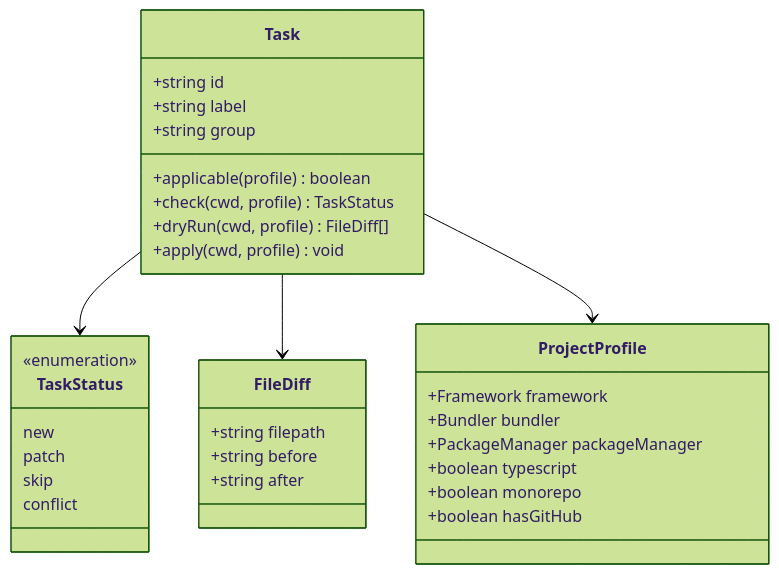
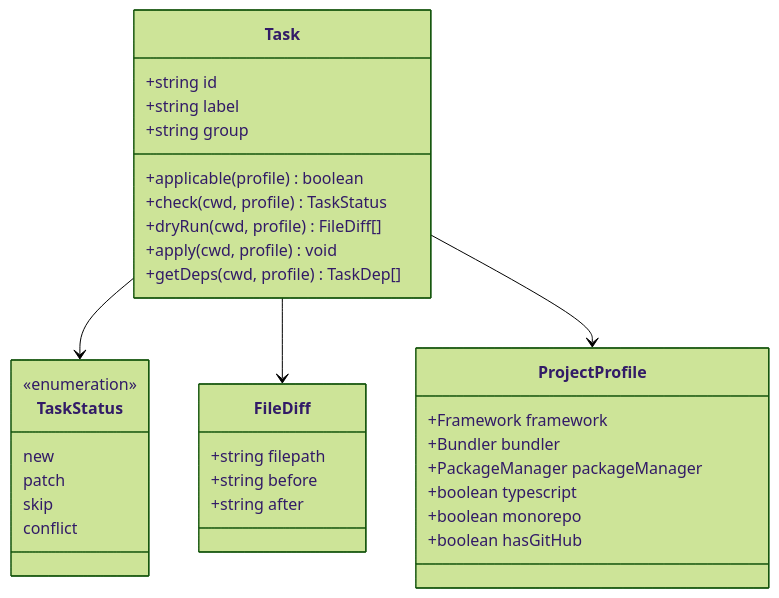
One commit to agustinusnathaniel/xtarter changed the diagram in apps/docs/src/content/docs/xtarterize/contributing/tasks/overview.mdx. Above: the diagram before and after it, drawn with Mermaid (forest theme). The commit also changed other lines of this file and 38 other files, not shown here.

````diff
--- a/apps/docs/src/content/docs/xtarterize/contributing/tasks/overview.mdx
+++ b/apps/docs/src/content/docs/xtarterize/contributing/tasks/overview.mdx
@@ -34,35 +41,36 @@
 ```mermaid
 classDiagram
     class Task {
         +string id
         +string label
         +string group
         +applicable(profile) boolean
         +check(cwd, profile) TaskStatus
         +dryRun(cwd, profile) FileDiff[]
         +apply(cwd, profile) void
+        +getDeps(cwd, profile) TaskDep[]
     }
     class TaskStatus {
         <<enumeration>>
         new
         patch
         skip
         conflict
     }
     class FileDiff {
         +string filepath
         +string before
         +string after
     }
     class ProjectProfile {
         +Framework framework
         +Bundler bundler
         +PackageManager packageManager
         +boolean typescript
         +boolean monorepo
         +boolean hasGitHub
     }
     Task --> TaskStatus
     Task --> FileDiff
     Task --> ProjectProfile
 ```
````
